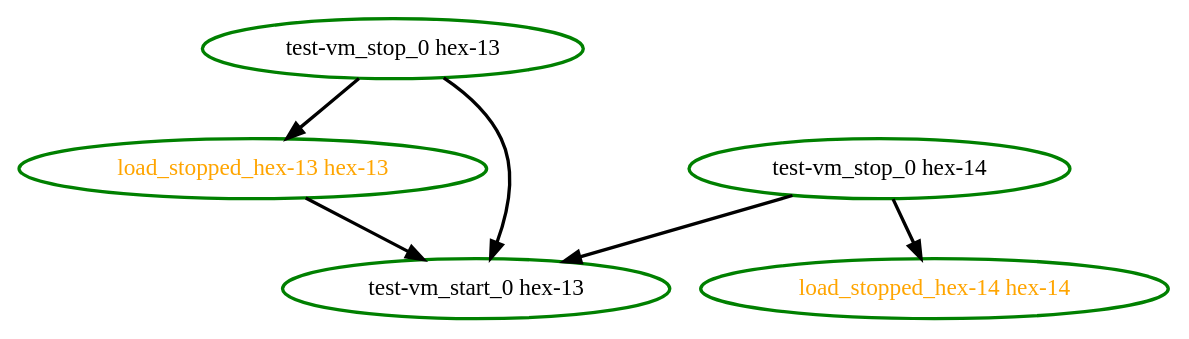
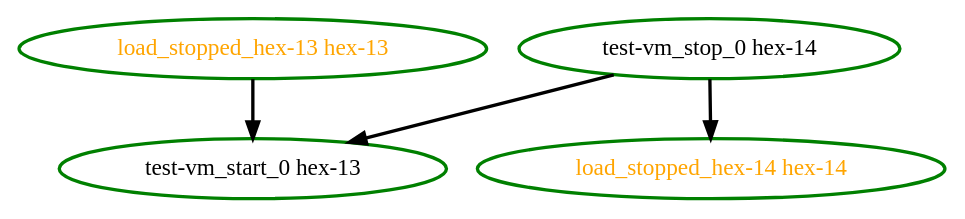
The diagram in cts/scheduler/dot/migrate-fail-4.dot (ClusterLabs/pacemaker), drawn with Graphviz before and after one commit. The commit also changed 3 other files, not shown here.

```diff
--- a/cts/scheduler/dot/migrate-fail-4.dot
+++ b/cts/scheduler/dot/migrate-fail-4.dot
@@ -1,12 +1,9 @@
  digraph "g" {
 "load_stopped_hex-13 hex-13" -> "test-vm_start_0 hex-13" [ style = bold]
 "load_stopped_hex-13 hex-13" [ style=bold color="green" fontcolor="orange"]
 "load_stopped_hex-14 hex-14" [ style=bold color="green" fontcolor="orange"]
 "test-vm_start_0 hex-13" [ style=bold color="green" fontcolor="black"]
-"test-vm_stop_0 hex-13" -> "load_stopped_hex-13 hex-13" [ style = bold]
-"test-vm_stop_0 hex-13" -> "test-vm_start_0 hex-13" [ style = bold]
-"test-vm_stop_0 hex-13" [ style=bold color="green" fontcolor="black"]
 "test-vm_stop_0 hex-14" -> "load_stopped_hex-14 hex-14" [ style = bold]
 "test-vm_stop_0 hex-14" -> "test-vm_start_0 hex-13" [ style = bold]
 "test-vm_stop_0 hex-14" [ style=bold color="green" fontcolor="black"]
 }
```
